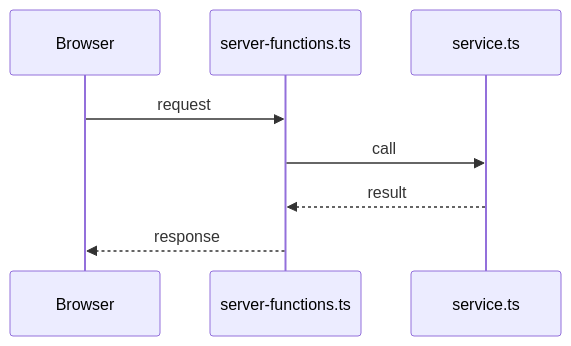
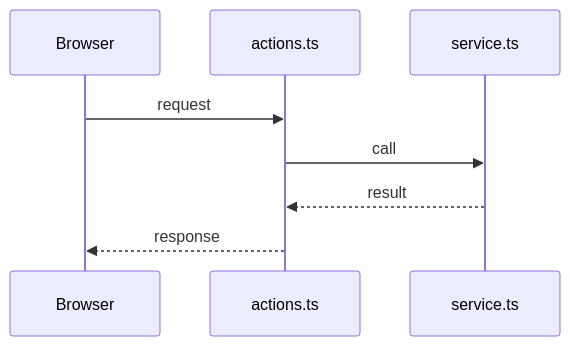
Before and after one commit to AhmedElnagarUU/Demmoss: the second of 2 diagrams in docs/features/_template.md, drawn with Mermaid. The commit also changed 19 other files, not shown here.

````diff
--- a/docs/features/_template.md
+++ b/docs/features/_template.md
@@ -29,10 +29,10 @@
 ```mermaid
 sequenceDiagram
   participant B as Browser
-  participant R as server-functions.ts
+  participant R as actions.ts
   participant S as service.ts
   B->>R: request
   R->>S: call
   S-->>R: result
   R-->>B: response
 ```
````
